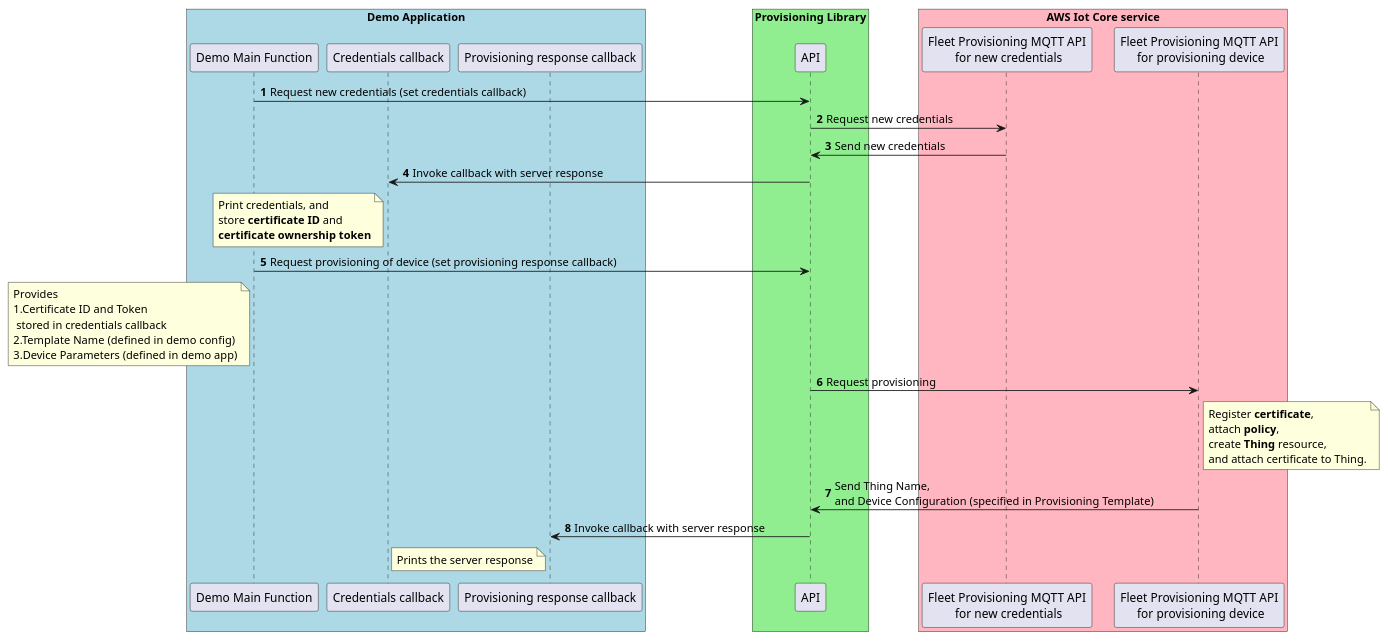
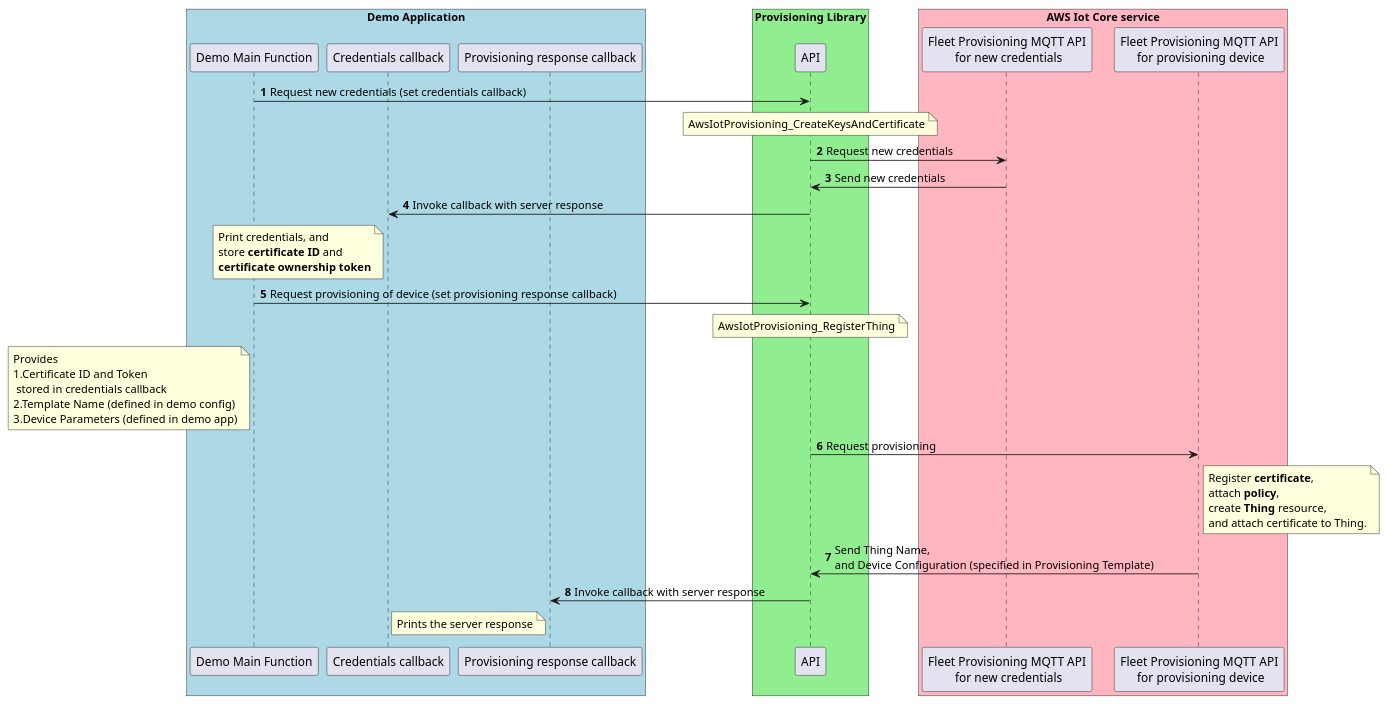
The diagram in doc/plantuml/provisioning_demo.pu (aws/aws-iot-device-sdk-embedded-C), drawn with PlantUML before and after one commit. The commit also changed 6 other files, not shown here.

```diff
--- a/doc/plantuml/provisioning_demo.pu
+++ b/doc/plantuml/provisioning_demo.pu
@@ -1,36 +1,38 @@
 @startuml
 skinparam classFontSize 8
 skinparam classFontName Helvetica
 autonumber
 
 box "Demo Application" #LightBlue
     participant "Demo Main Function" as main
     participant "Credentials callback" as credentials_callback
     participant "Provisioning response callback" as provision_callback
 end box
 
 
 box "Provisioning Library" #LightGreen
     participant "API" as library
 end box
 
 box "AWS Iot Core service" #LightPink
     participant "Fleet Provisioning MQTT API\n for new credentials" as credentials_api
     participant "Fleet Provisioning MQTT API\n for provisioning device" as provision_api
 end box
 
 main -> library: Request new credentials (set credentials callback)
+note over library: AwsIotProvisioning_CreateKeysAndCertificate
 library -> credentials_api: Request new credentials 
 credentials_api -> library: Send new credentials
 library -> credentials_callback: Invoke callback with server response
 note left of credentials_callback: Print credentials, and \nstore <b>certificate ID</b> and \n<b>certificate ownership token</b>
 
 main -> library: Request provisioning of device (set provisioning response callback)
+note over library: AwsIotProvisioning_RegisterThing
 note left of main: Provides\n1.Certificate ID and Token\n stored in credentials callback\n2.Template Name (defined in demo config)\n3.Device Parameters (defined in demo app)
 library -> provision_api: Request provisioning  
 note right of provision_api: Register <b>certificate</b>,\nattach <b>policy</b>,\ncreate <b>Thing</b> resource,\nand attach certificate to Thing.
 provision_api -> library: Send Thing Name,\nand Device Configuration (specified in Provisioning Template)
 library -> provision_callback: Invoke callback with server response
 note left of provision_callback: Prints the server response
 
 @enduml
```
